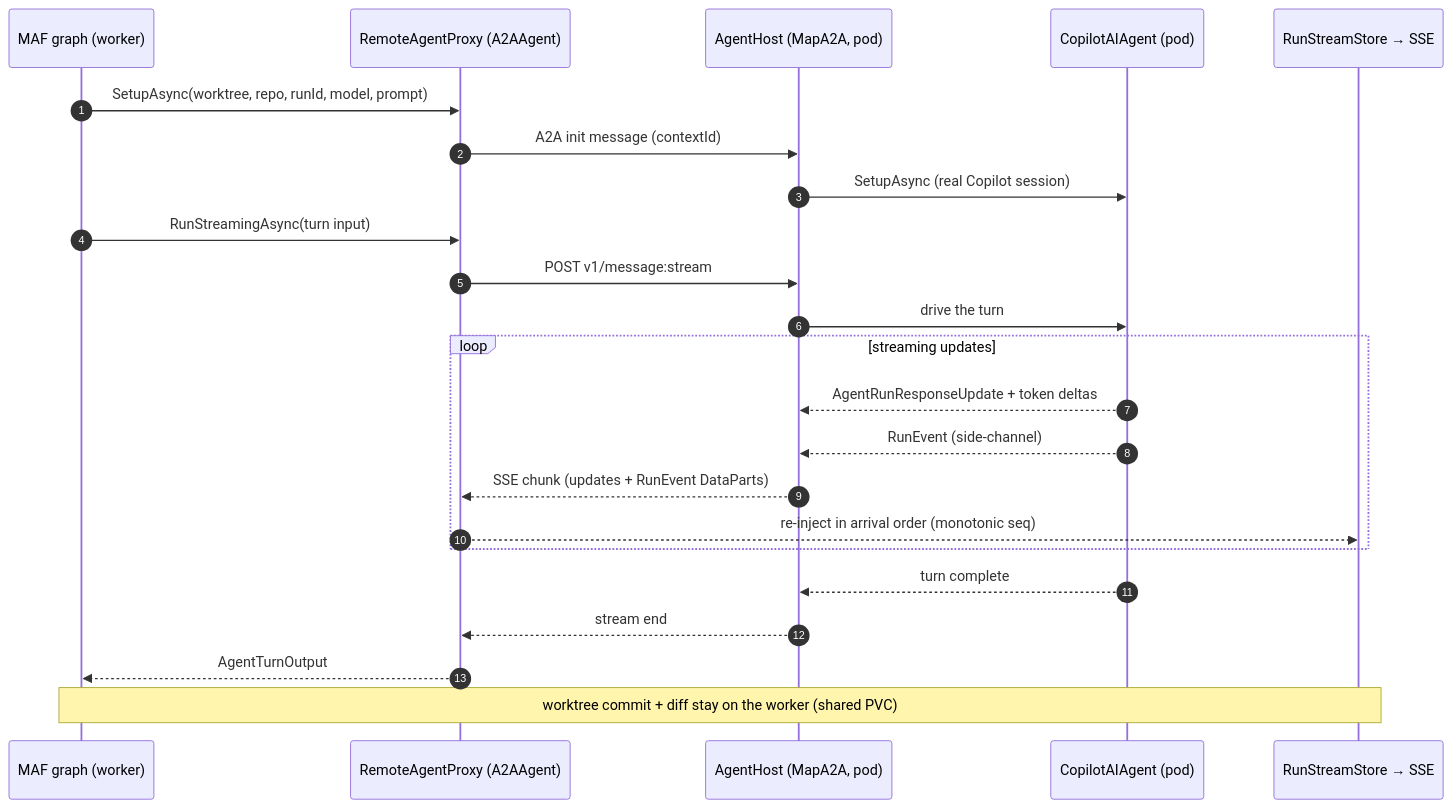
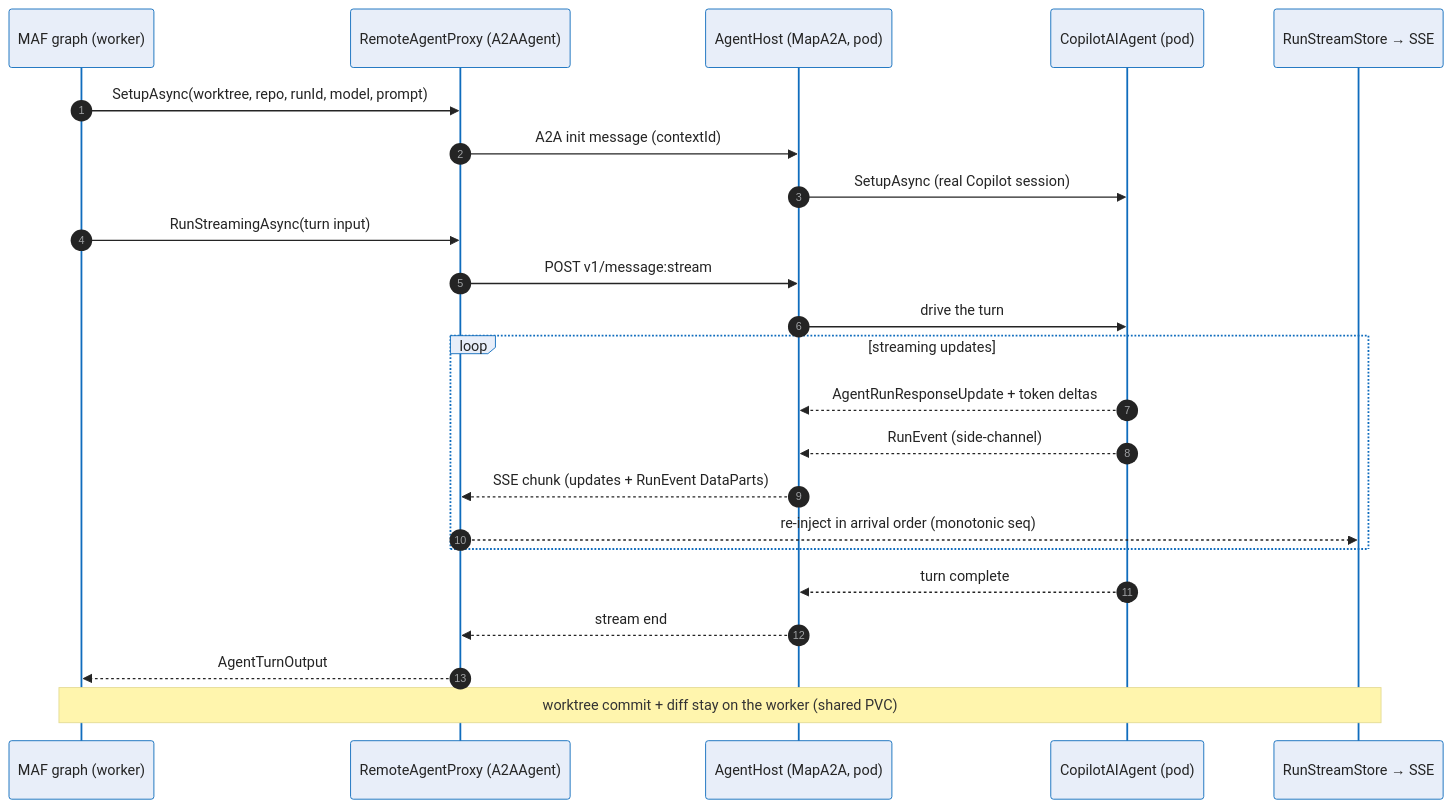
The second of 3 diagrams in docs/deep-dive/a2a-bridge.md (sabbour/agentweaver), drawn with Mermaid before and after one commit. The commit also changed other lines of this file and 13 other files, not shown here.

````diff
--- a/docs/deep-dive/a2a-bridge.md
+++ b/docs/deep-dive/a2a-bridge.md
@@ -76,26 +94,27 @@
 ```mermaid
+%%{init: {'theme':'base','themeVariables':{'fontFamily':'Segoe UI, system-ui, -apple-system, sans-serif','fontSize':'14px','primaryColor':'#E8EEF9','primaryBorderColor':'#0F6CBD','primaryTextColor':'#242424','lineColor':'#605E5C','clusterBkg':'#FAF9F8','clusterBorder':'#D2D0CE','edgeLabelBackground':'#FFFFFF'}}}%%
 sequenceDiagram
     autonumber
     participant Graph as MAF graph (worker)
     participant Proxy as RemoteAgentProxy (A2AAgent)
     participant Host as AgentHost (MapA2A, pod)
     participant Agent as CopilotAIAgent (pod)
     participant Stream as RunStreamStore → SSE
 
     Graph->>Proxy: SetupAsync(worktree, repo, runId, model, prompt)
     Proxy->>Host: A2A init message (contextId)
     Host->>Agent: SetupAsync (real Copilot session)
     Graph->>Proxy: RunStreamingAsync(turn input)
     Proxy->>Host: POST v1/message:stream
     Host->>Agent: drive the turn
     loop streaming updates
         Agent-->>Host: AgentRunResponseUpdate + token deltas
         Agent-->>Host: RunEvent (side-channel)
         Host-->>Proxy: SSE chunk (updates + RunEvent DataParts)
         Proxy-->>Stream: re-inject in arrival order (monotonic seq)
     end
     Agent-->>Host: turn complete
     Host-->>Proxy: stream end
     Proxy-->>Graph: AgentTurnOutput
     Note over Graph,Stream: worktree commit + diff stay on the worker (shared PVC)
 ```
````
